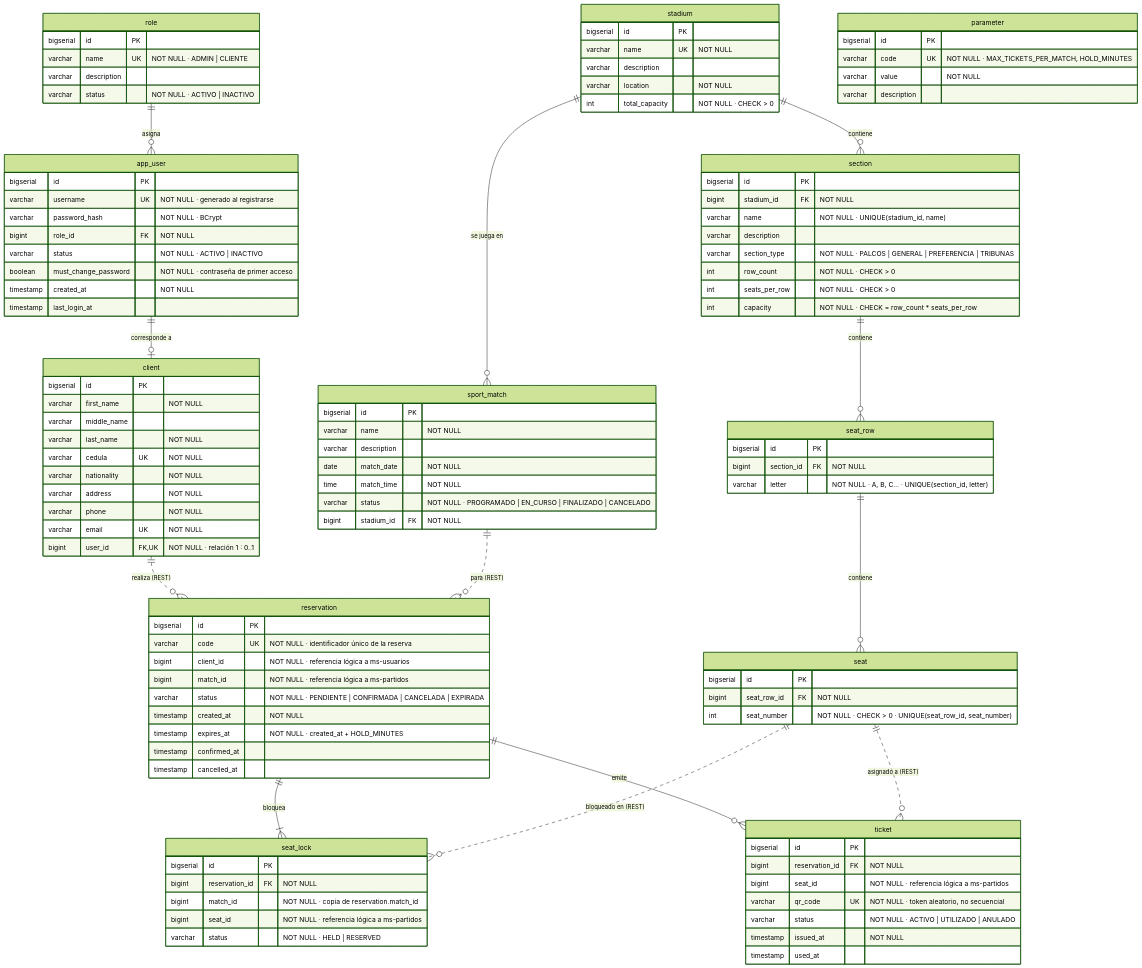
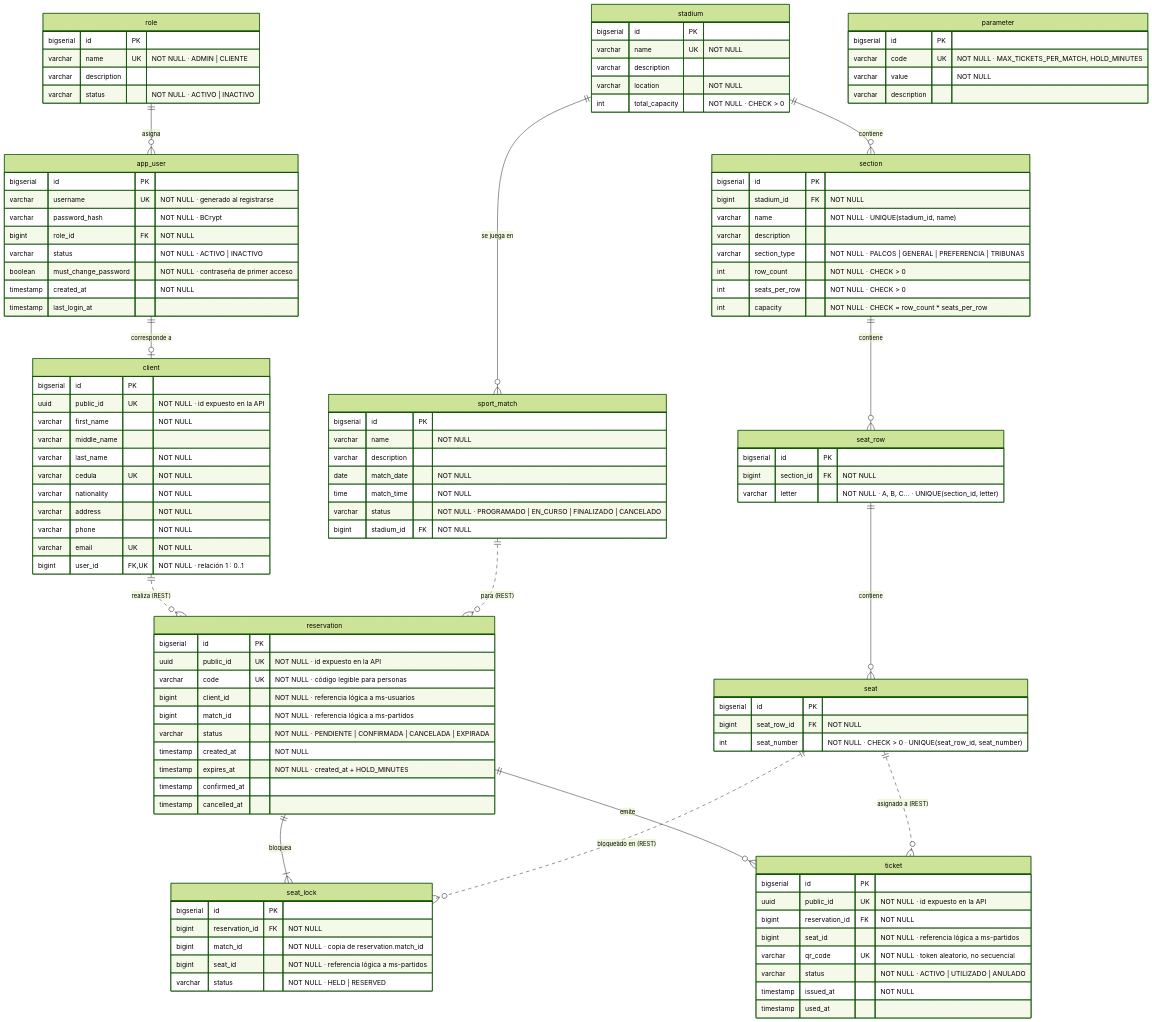
The diagram in docs/modelo-er/modelo-er.mmd (JohaGutierrez11/sistema-entradas-deportivas), drawn with Mermaid (forest theme) before and after one commit. The commit also changed 19 other files, not shown here.

```diff
--- a/docs/modelo-er/modelo-er.mmd
+++ b/docs/modelo-er/modelo-er.mmd
@@ -1,110 +1,113 @@
 erDiagram
     role ||--o{ app_user : "asigna"
     app_user ||--o| client : "corresponde a"
     stadium ||--o{ section : "contiene"
     section ||--o{ seat_row : "contiene"
     seat_row ||--o{ seat : "contiene"
     stadium ||--o{ sport_match : "se juega en"
     reservation ||--|{ seat_lock : "bloquea"
     reservation ||--o{ ticket : "emite"
     client ||..o{ reservation : "realiza (REST)"
     sport_match ||..o{ reservation : "para (REST)"
     seat ||..o{ seat_lock : "bloqueado en (REST)"
     seat ||..o{ ticket : "asignado a (REST)"
     role {
         bigserial id PK
         varchar name UK "NOT NULL · ADMIN | CLIENTE"
         varchar description
         varchar status "NOT NULL · ACTIVO | INACTIVO"
     }
     app_user {
         bigserial id PK
         varchar username UK "NOT NULL · generado al registrarse"
         varchar password_hash "NOT NULL · BCrypt"
         bigint role_id FK "NOT NULL"
         varchar status "NOT NULL · ACTIVO | INACTIVO"
         boolean must_change_password "NOT NULL · contraseña de primer acceso"
         timestamp created_at "NOT NULL"
         timestamp last_login_at
     }
     client {
         bigserial id PK
+        uuid public_id UK "NOT NULL · id expuesto en la API"
         varchar first_name "NOT NULL"
         varchar middle_name
         varchar last_name "NOT NULL"
         varchar cedula UK "NOT NULL"
         varchar nationality "NOT NULL"
         varchar address "NOT NULL"
         varchar phone "NOT NULL"
         varchar email UK "NOT NULL"
         bigint user_id FK, UK "NOT NULL · relación 1 : 0..1"
     }
     stadium {
         bigserial id PK
         varchar name UK "NOT NULL"
         varchar description
         varchar location "NOT NULL"
         int total_capacity "NOT NULL · CHECK > 0"
     }
     section {
         bigserial id PK
         bigint stadium_id FK "NOT NULL"
         varchar name "NOT NULL · UNIQUE(stadium_id, name)"
         varchar description
         varchar section_type "NOT NULL · PALCOS | GENERAL | PREFERENCIA | TRIBUNAS"
         int row_count "NOT NULL · CHECK > 0"
         int seats_per_row "NOT NULL · CHECK > 0"
         int capacity "NOT NULL · CHECK = row_count * seats_per_row"
     }
     seat_row {
         bigserial id PK
         bigint section_id FK "NOT NULL"
         varchar letter "NOT NULL · A, B, C… · UNIQUE(section_id, letter)"
     }
     seat {
         bigserial id PK
         bigint seat_row_id FK "NOT NULL"
         int seat_number "NOT NULL · CHECK > 0 · UNIQUE(seat_row_id, seat_number)"
     }
     sport_match {
         bigserial id PK
         varchar name "NOT NULL"
         varchar description
         date match_date "NOT NULL"
         time match_time "NOT NULL"
         varchar status "NOT NULL · PROGRAMADO | EN_CURSO | FINALIZADO | CANCELADO"
         bigint stadium_id FK "NOT NULL"
     }
     parameter {
         bigserial id PK
         varchar code UK "NOT NULL · MAX_TICKETS_PER_MATCH, HOLD_MINUTES"
         varchar value "NOT NULL"
         varchar description
     }
     reservation {
         bigserial id PK
-        varchar code UK "NOT NULL · identificador único de la reserva"
+        uuid public_id UK "NOT NULL · id expuesto en la API"
+        varchar code UK "NOT NULL · código legible para personas"
         bigint client_id "NOT NULL · referencia lógica a ms-usuarios"
         bigint match_id "NOT NULL · referencia lógica a ms-partidos"
         varchar status "NOT NULL · PENDIENTE | CONFIRMADA | CANCELADA | EXPIRADA"
         timestamp created_at "NOT NULL"
         timestamp expires_at "NOT NULL · created_at + HOLD_MINUTES"
         timestamp confirmed_at
         timestamp cancelled_at
     }
     seat_lock {
         bigserial id PK
         bigint reservation_id FK "NOT NULL"
         bigint match_id "NOT NULL · copia de reservation.match_id"
         bigint seat_id "NOT NULL · referencia lógica a ms-partidos"
         varchar status "NOT NULL · HELD | RESERVED"
     }
     ticket {
         bigserial id PK
+        uuid public_id UK "NOT NULL · id expuesto en la API"
         bigint reservation_id FK "NOT NULL"
         bigint seat_id "NOT NULL · referencia lógica a ms-partidos"
         varchar qr_code UK "NOT NULL · token aleatorio, no secuencial"
         varchar status "NOT NULL · ACTIVO | UTILIZADO | ANULADO"
         timestamp issued_at "NOT NULL"
         timestamp used_at
     }
```
